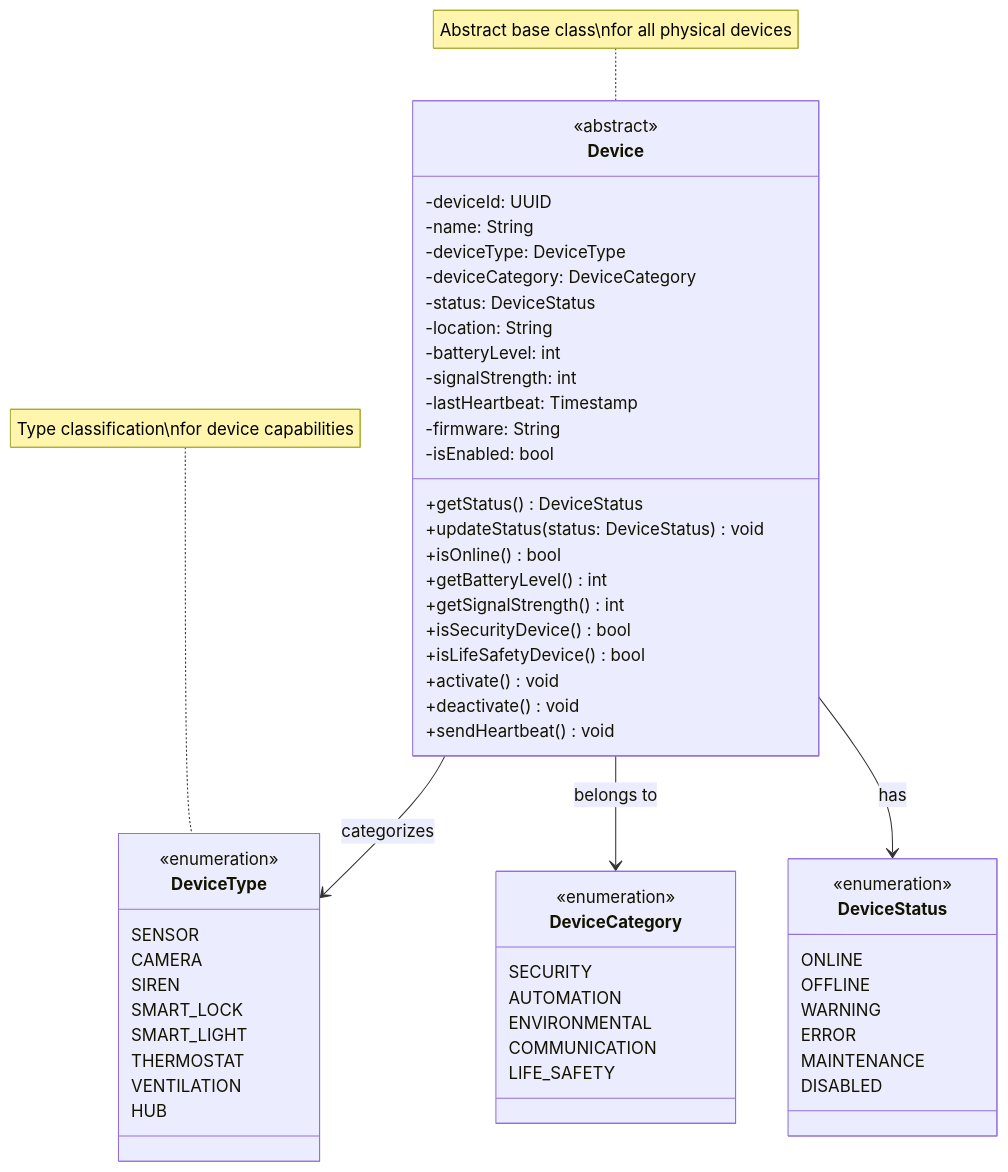
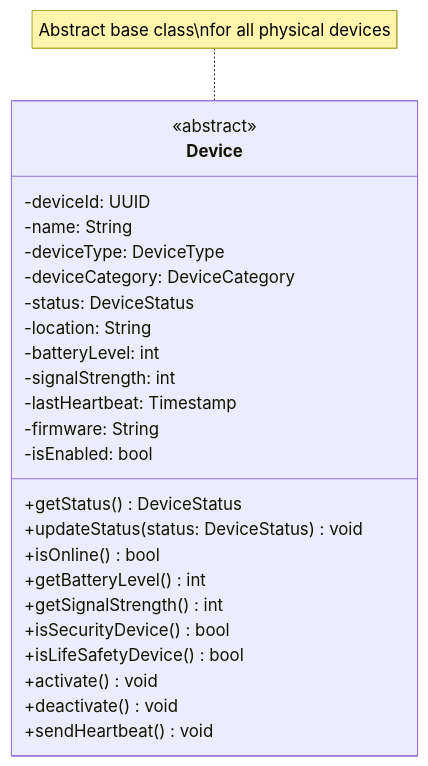
The third of 14 diagrams in diagrams/data_layer_class_diagram.md (mj010101/swe_25f), drawn with Mermaid before and after one commit. The commit also changed other lines of this file and 4 other files, not shown here.

````diff
--- a/diagrams/data_layer_class_diagram.md
+++ b/diagrams/data_layer_class_diagram.md
@@ -148,67 +113,31 @@
 ```mermaid
 classDiagram
     direction TB
 
     class Device {
         <<abstract>>
         -deviceId: UUID
         -name: String
         -deviceType: DeviceType
         -deviceCategory: DeviceCategory
         -status: DeviceStatus
         -location: String
         -batteryLevel: int
         -signalStrength: int
         -lastHeartbeat: Timestamp
         -firmware: String
         -isEnabled: bool
         +getStatus() DeviceStatus
         +updateStatus(status: DeviceStatus) void
         +isOnline() bool
         +getBatteryLevel() int
         +getSignalStrength() int
         +isSecurityDevice() bool
         +isLifeSafetyDevice() bool
         +activate() void
         +deactivate() void
         +sendHeartbeat() void
     }
 
-    class DeviceType {
-        <<enumeration>>
-        SENSOR
-        CAMERA
-        SIREN
-        SMART_LOCK
-        SMART_LIGHT
-        THERMOSTAT
-        VENTILATION
-        HUB
-    }
-
-    class DeviceCategory {
-        <<enumeration>>
-        SECURITY
-        AUTOMATION
-        ENVIRONMENTAL
-        COMMUNICATION
-        LIFE_SAFETY
-    }
-
-    class DeviceStatus {
-        <<enumeration>>
-        ONLINE
-        OFFLINE
-        WARNING
-        ERROR
-        MAINTENANCE
-        DISABLED
-    }
-
-    Device --> DeviceType : categorizes
-    Device --> DeviceCategory : belongs to
-    Device --> DeviceStatus : has
-
     note for Device "Abstract base class\nfor all physical devices"
-    note for DeviceType "Type classification\nfor device capabilities"
 ```
````
